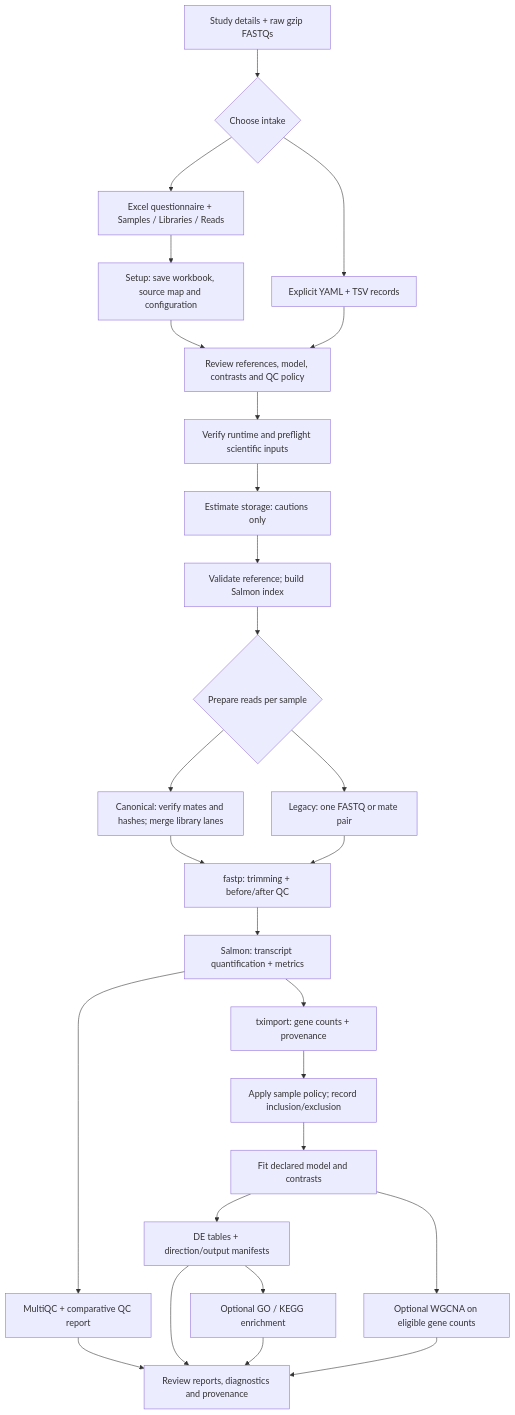
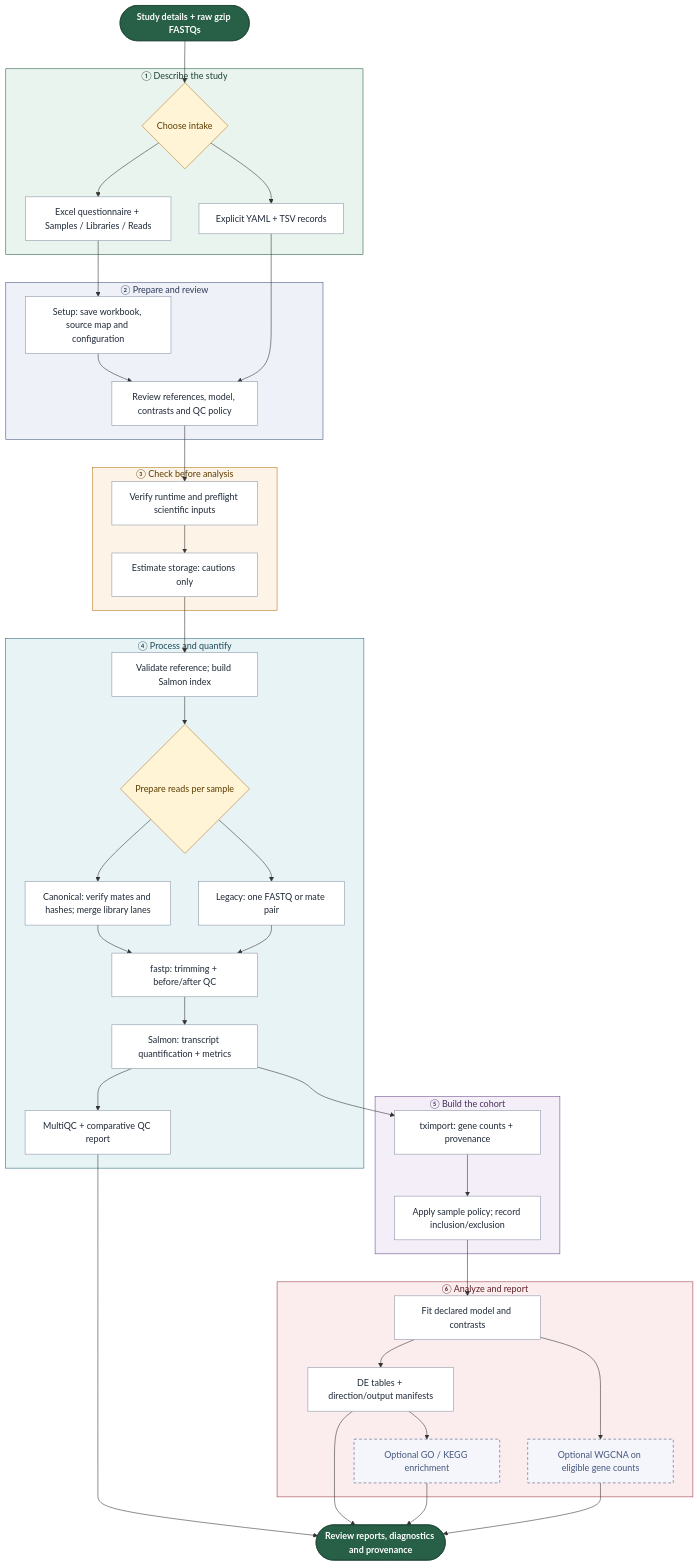
One commit to prem-p-singh/RNASeq-pipeline changed the diagram in README.md. Above: the diagram before and after it, drawn with Mermaid. The commit also changed other lines of this file, not shown here.

Commit message:
README: staged workflow map and clearer layout
Group the workflow diagram into six colour-coded stages matching the
step list, present the steps as a table, mark capability status, and
move existing notes into GitHub callouts. Wording is unchanged.

````diff
--- a/README.md
+++ b/README.md
@@ -44,29 +48,86 @@
 ```mermaid
 flowchart TD
-    A["Study details + raw gzip FASTQs"] --> B{"Choose intake"}
-    B --> C["Excel questionnaire + Samples / Libraries / Reads"]
-    B --> D["Explicit YAML + TSV records"]
-    C --> E["Setup: save workbook, source map and configuration"]
-    E --> F["Review references, model, contrasts and QC policy"]
+    A(["Study details + raw gzip FASTQs"])
+
+    subgraph S1["① Describe the study"]
+        B{"Choose intake"}
+        C["Excel questionnaire + Samples / Libraries / Reads"]
+        D["Explicit YAML + TSV records"]
+    end
+
+    subgraph S2["② Prepare and review"]
+        E["Setup: save workbook, source map and configuration"]
+        F["Review references, model, contrasts and QC policy"]
+    end
+
+    subgraph S3["③ Check before analysis"]
+        G["Verify runtime and preflight scientific inputs"]
+        H["Estimate storage: cautions only"]
+    end
+
+    subgraph S4["④ Process and quantify"]
+        I["Validate reference; build Salmon index"]
+        J{"Prepare reads per sample"}
+        K["Canonical: verify mates and hashes; merge library lanes"]
+        L["Legacy: one FASTQ or mate pair"]
+        M["fastp: trimming + before/after QC"]
+        N["Salmon: transcript quantification + metrics"]
+        O["MultiQC + comparative QC report"]
+    end
+
+    subgraph S5["⑤ Build the cohort"]
+        P["tximport: gene counts + provenance"]
+        Q["Apply sample policy; record inclusion/exclusion"]
+    end
+
+    subgraph S6["⑥ Analyze and report"]
+        R["Fit declared model and contrasts"]
+        S["DE tables + direction/output manifests"]
+        T["Optional GO / KEGG enrichment"]
+        U["Optional WGCNA on eligible gene counts"]
+    end
+
+    V(["Review reports, diagnostics and provenance"])
+
+    A --> B
+    B --> C
+    B --> D
+    C --> E
+    E --> F
     D --> F
-    F --> G["Verify runtime and preflight scientific inputs"]
-    G --> H["Estimate storage: cautions only"]
-    H --> I["Validate reference; build Salmon index"]
-    I --> J{"Prepare reads per sample"}
-    J --> K["Canonical: verify mates and hashes; merge library lanes"]
-    J --> L["Legacy: one FASTQ or mate pair"]
-    K --> M["fastp: trimming + before/after QC"]
+    F --> G
+    G --> H
+    H --> I
+    I --> J
+    J --> K
+    J --> L
+    K --> M
     L --> M
-    M --> N["Salmon: transcript quantification + metrics"]
-    N --> O["MultiQC + comparative QC report"]
-    N --> P["tximport: gene counts + provenance"]
-    P --> Q["Apply sample policy; record inclusion/exclusion"]
-    Q --> R["Fit declared model and contrasts"]
-    R --> S["DE tables + direction/output manifests"]
-    S --> T["Optional GO / KEGG enrichment"]
-    R --> U["Optional WGCNA on eligible gene counts"]
-    O --> V["Review reports, diagnostics and provenance"]
+    M --> N
+    N --> O
+    N --> P
+    P --> Q
+    Q --> R
+    R --> S
+    S --> T
+    R --> U
+    O --> V
     S --> V
     T --> V
     U --> V
+
+    classDef default fill:#FFFFFF,stroke:#8A94A6,color:#1F2937
+    classDef io fill:#285F47,stroke:#1B4332,color:#FFFFFF,font-weight:bold
+    classDef choice fill:#FFF4D6,stroke:#B7791F,color:#5C3D00
+    classDef optional fill:#F4F6FB,stroke:#46567D,color:#46567D,stroke-dasharray:5 4
+    class A,V io
+    class B,J choice
+    class T,U optional
+
+    style S1 fill:#EAF4EE,stroke:#285F47,color:#1B4332
+    style S2 fill:#EEF1F8,stroke:#46567D,color:#2E3A57
+    style S3 fill:#FDF3E7,stroke:#B7791F,color:#5C3D00
+    style S4 fill:#E8F3F6,stroke:#2B6C80,color:#1D4A58
+    style S5 fill:#F3EEF8,stroke:#6B4E8C,color:#45325C
+    style S6 fill:#FBEDEE,stroke:#9B3D48,color:#5E232A
 ```
````
